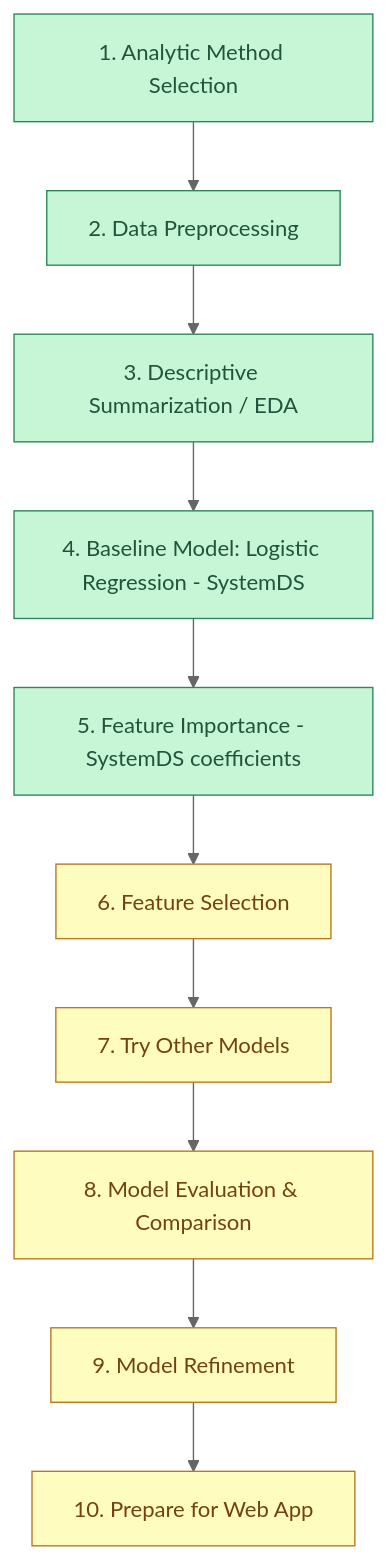
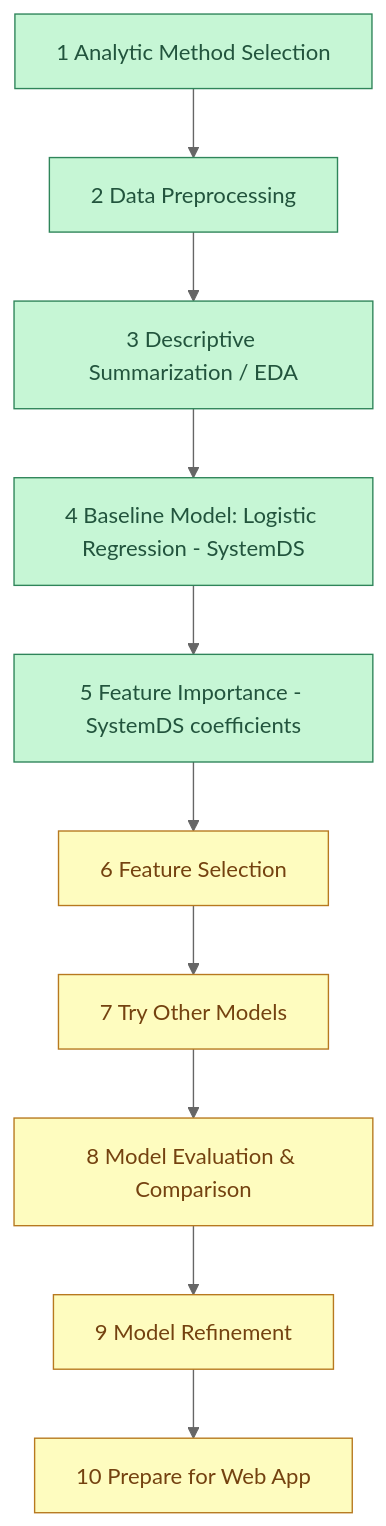
Before and after one commit to j143/heart-attack-analysis: the diagram in solution.md, drawn with Mermaid (neutral theme).

Commit message:
fix markdown syntax, lists not supported

````diff
--- a/solution.md
+++ b/solution.md
@@ -18,21 +18,21 @@
 ```mermaid
 graph TD
-    A[1. Analytic Method Selection]:::done
-    B[2. Data Preprocessing]:::done
-    C[3. Descriptive Summarization / EDA]:::done
-    D[4. Baseline Model: Logistic Regression - SystemDS]:::done
-    E[5. Feature Importance - SystemDS coefficients]:::done
-    F[6. Feature Selection]:::todo
-    G[7. Try Other Models]:::todo
-    H[8. Model Evaluation & Comparison]:::todo
-    I[9. Model Refinement]:::todo
-    J[10. Prepare for Web App]:::todo
+    A[1 Analytic Method Selection]:::done
+    B[2 Data Preprocessing]:::done
+    C[3 Descriptive Summarization / EDA]:::done
+    D[4 Baseline Model: Logistic Regression - SystemDS]:::done
+    E[5 Feature Importance - SystemDS coefficients]:::done
+    F[6 Feature Selection]:::todo
+    G[7 Try Other Models]:::todo
+    H[8 Model Evaluation & Comparison]:::todo
+    I[9 Model Refinement]:::todo
+    J[10 Prepare for Web App]:::todo
 
     A --> B --> C --> D --> E --> F --> G --> H --> I --> J
 
     classDef done fill:#c6f6d5,stroke:#2f855a,color:#22543d
     classDef todo fill:#fefcbf,stroke:#b7791f,color:#744210
 
     class A,B,C,D,E done
     class F,G,H,I,J todo
 ```
````
